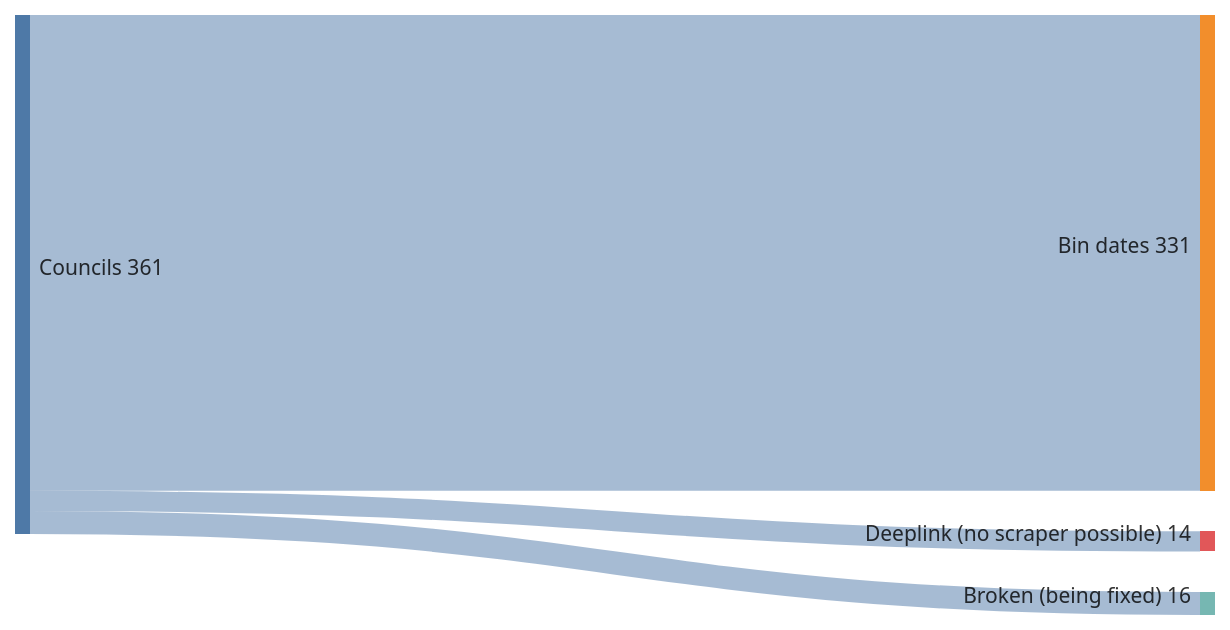
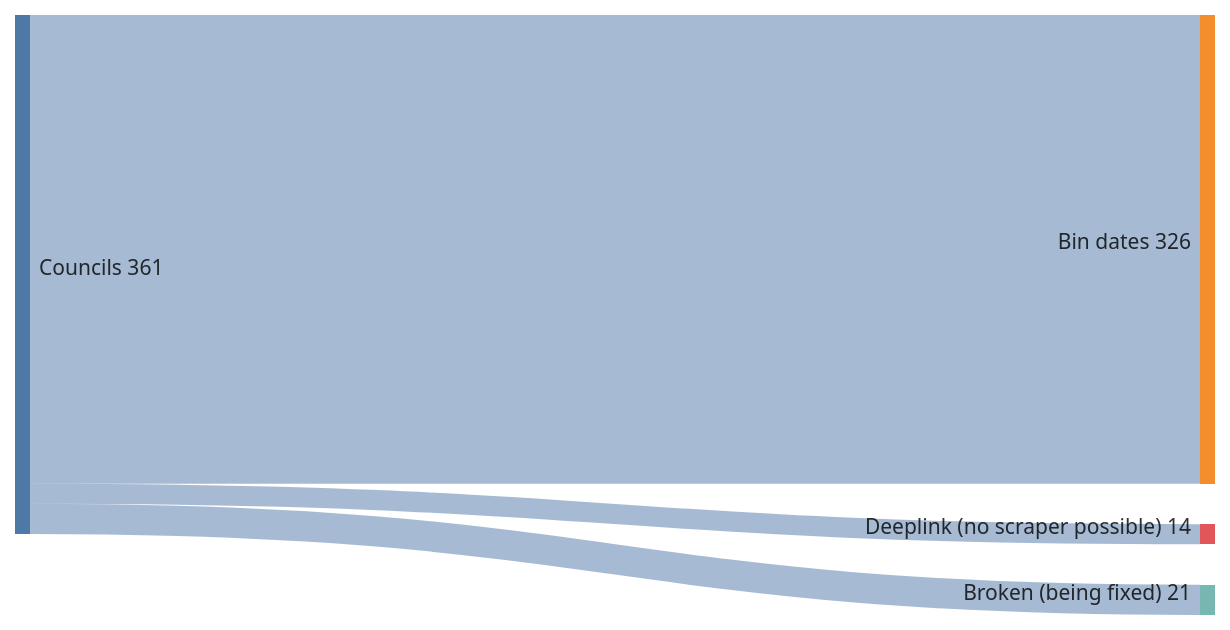
One commit to cmbsteinberg/ukbinday changed the diagram in README.md. Above: the diagram before and after it, drawn with Mermaid. The commit also changed other lines of this file and 4 other files, not shown here.

````diff
--- a/README.md
+++ b/README.md
@@ -12,15 +12,15 @@
 ```mermaid
 ---
 config:
   sankey:
     width: 800
     height: 400
     linkColor: source
     nodeAlignment: left
 ---
 sankey-beta
 
-"Councils","Bin dates",331
+"Councils","Bin dates",326
 "Councils","Deeplink (no scraper possible)",14
-"Councils","Broken (being fixed)",16
+"Councils","Broken (being fixed)",21
 ```
````
